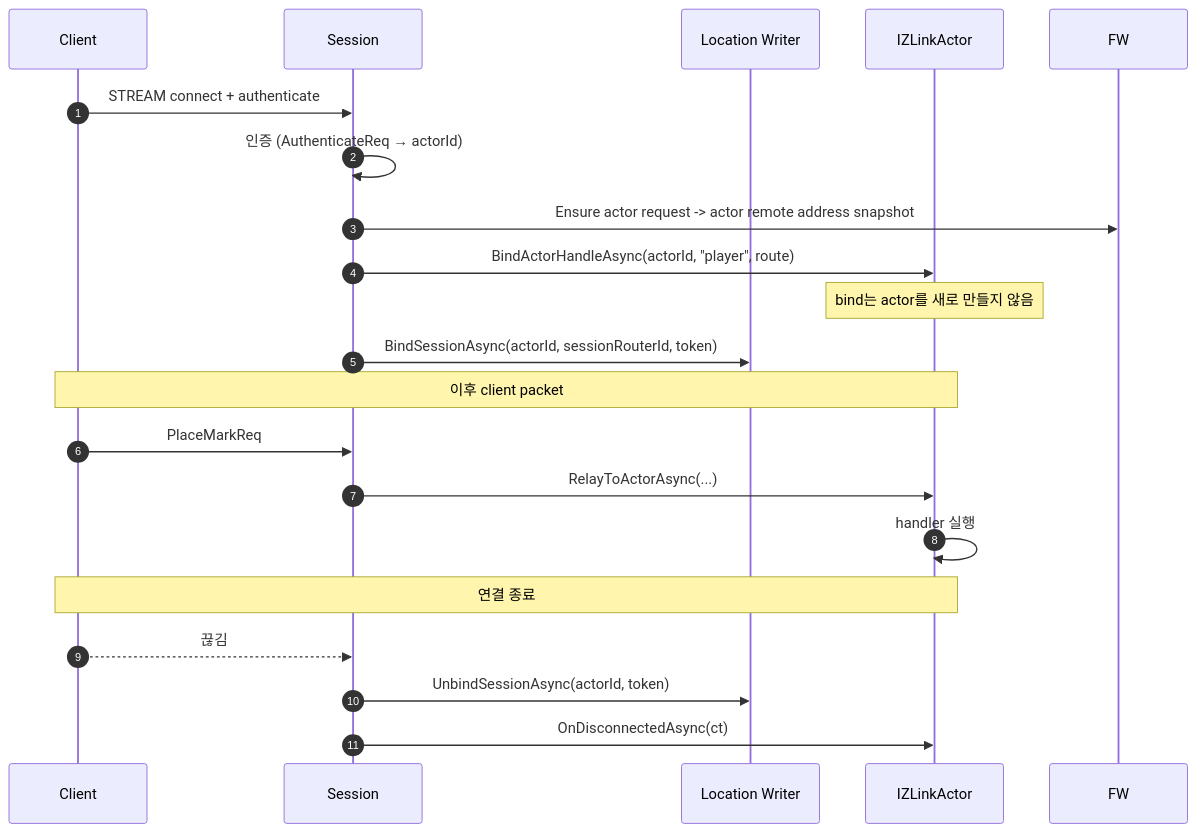
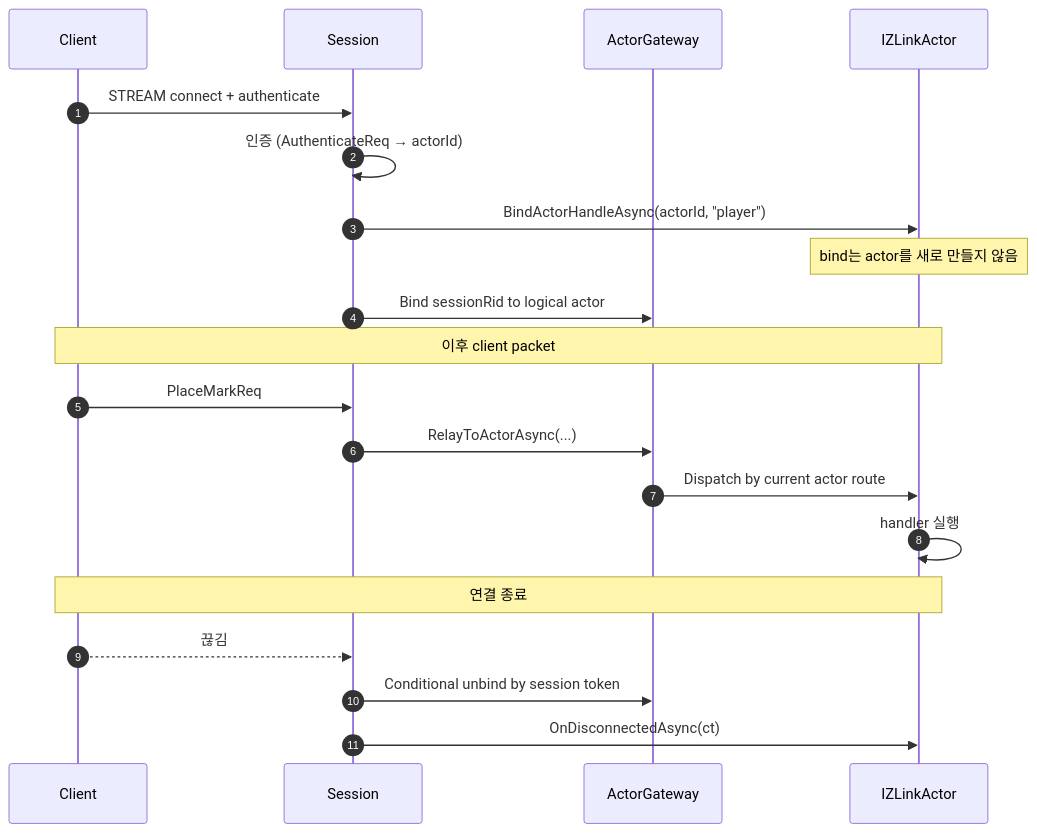
Before and after one commit to kairos-code-dev/zlink: the second of 3 diagrams in framework/languages/dotnet/doc/spec/aspnet-core-actor.ko.md, drawn with Mermaid. The commit also changed other lines of this file and 393 other files, not shown here.

Commit message:
feat: require explicit spot router bind endpoint

````diff
--- a/framework/languages/dotnet/doc/spec/aspnet-core-actor.ko.md
+++ b/framework/languages/dotnet/doc/spec/aspnet-core-actor.ko.md
@@ -799,25 +744,25 @@
 ```mermaid
 sequenceDiagram
     autonumber
     participant C as Client
     participant S as Session
-    participant Loc as Location Writer
+    participant G as ActorGateway
     participant Act as IZLinkActor
 
     C->>S: STREAM connect + authenticate
     S->>S: 인증 (AuthenticateReq → actorId)
-    S->>FW: Ensure actor request -> actor remote address snapshot
-    S->>Act: BindActorHandleAsync(actorId, "player", route)
+    S->>Act: BindActorHandleAsync(actorId, "player")
     Note over Act: bind는 actor를 새로 만들지 않음
-    S->>Loc: BindSessionAsync(actorId, sessionRouterId, token)
+    S->>G: Bind sessionRid to logical actor
 
     Note over C,Act: 이후 client packet
     C->>S: PlaceMarkReq
-    S->>Act: RelayToActorAsync(...)
+    S->>G: RelayToActorAsync(...)
+    G->>Act: Dispatch by current actor route
     Act->>Act: handler 실행
 
     Note over C,Act: 연결 종료
     C-->>S: 끊김
-    S->>Loc: UnbindSessionAsync(actorId, token)
+    S->>G: Conditional unbind by session token
     S->>Act: OnDisconnectedAsync(ct)
 ```
````
